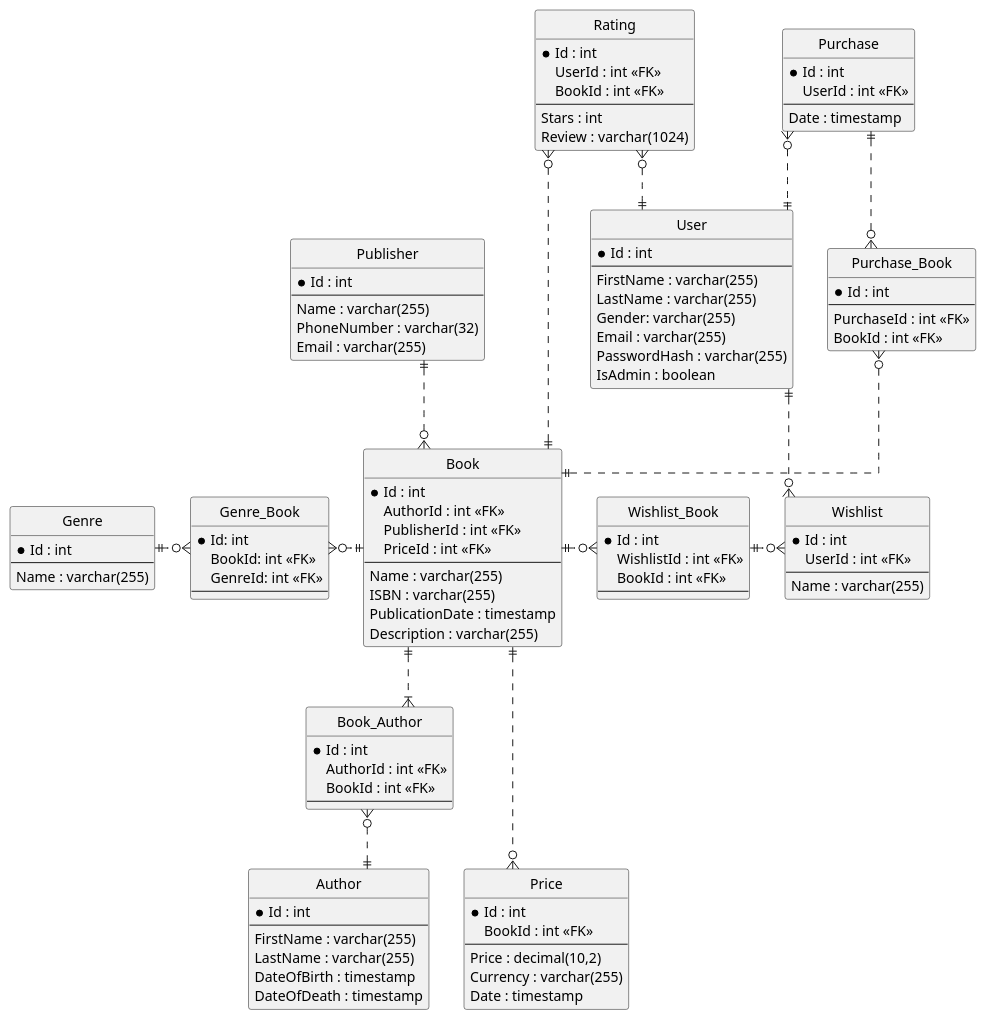
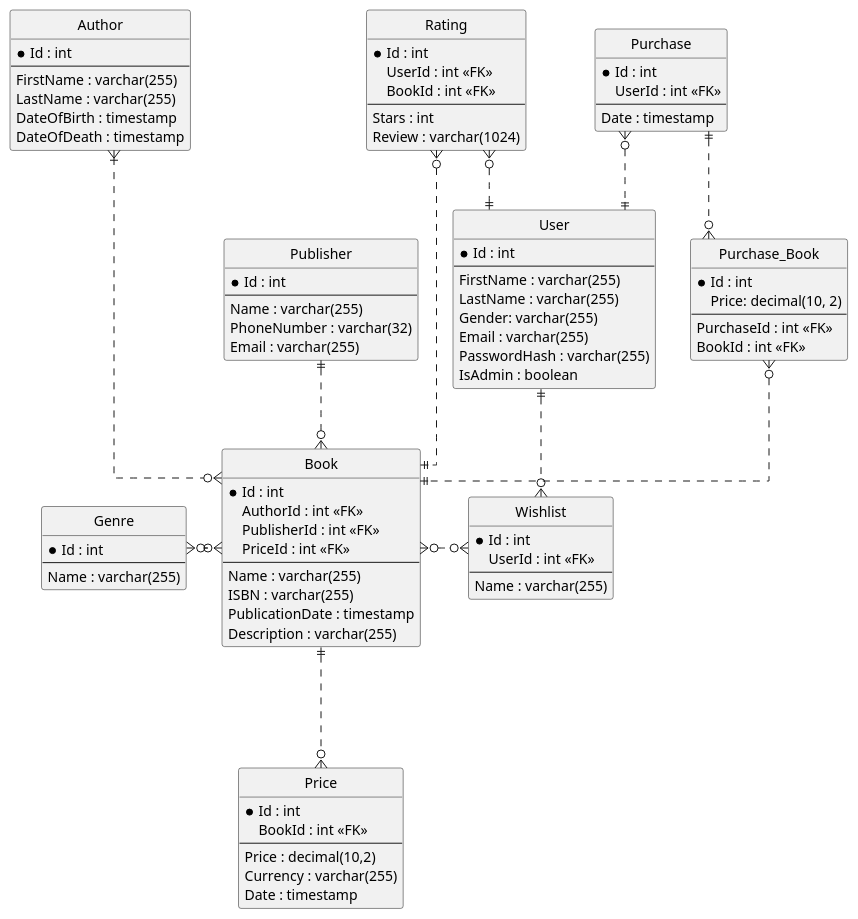
One commit to JakubZovi/review_pv179 changed the diagram in docs/erd.puml. Above: the diagram before and after it, drawn with PlantUML. The commit also changed 21 other files, not shown here.

```diff
--- a/docs/erd.puml
+++ b/docs/erd.puml
@@ -1,142 +1,117 @@
 @startuml Book Hub ERD
 
 ' !pragma ratio 0.2
 
 skinparam linetype ortho
 hide circles
 
 'Book, Rating, Genre, Author, Publisher'
 entity Book {
     *Id : int
     AuthorId : int <<FK>>
     PublisherId : int <<FK>>
     PriceId : int <<FK>>
     ---
     Name : varchar(255)
     ISBN : varchar(255)
     PublicationDate : timestamp
     Description : varchar(255)
 }
 
 entity Rating {
     *Id : int
     UserId : int <<FK>>
     BookId : int <<FK>>
     ---
     Stars : int
     Review : varchar(1024)
 }
 
 entity Genre {
     *Id : int
     ---
     Name : varchar(255)
 }
 
-entity Genre_Book {
-    *Id: int
-    BookId: int <<FK>>
-    GenreId: int <<FK>>
-    ---
-}
-
 entity Author {
     *Id : int
     ---
     FirstName : varchar(255)
     LastName : varchar(255)
     DateOfBirth : timestamp
     DateOfDeath : timestamp
-}
-
-entity Book_Author {
-    *Id : int
-    AuthorId : int <<FK>>
-    BookId : int <<FK>>
-    ---
 }
 
 entity Publisher {
     *Id : int
     ---
     Name : varchar(255)
     PhoneNumber : varchar(32)
     Email : varchar(255)
 }
 
 entity Price {
     *Id : int
     BookId : int <<FK>>
     ---
     Price : decimal(10,2)
     Currency : varchar(255)
     Date : timestamp
 }
 
 'User, Wishlist, Wishlist_Book'
 entity Wishlist {
     *Id : int
     UserId : int <<FK>>
     ---
     Name : varchar(255)
 }
 
-entity Wishlist_Book {
-    *Id : int
-    WishlistId : int <<FK>>
-    BookId : int <<FK>>
-    ---
-}
-
 entity User {
     *Id : int
     ---
     FirstName : varchar(255)
     LastName : varchar(255)
     Gender: varchar(255)
     Email : varchar(255)
     PasswordHash : varchar(255)
     IsAdmin : boolean
 }
 
 'Purchase'
 entity Purchase {
     *Id : int
     UserId : int <<FK>>
     ---
     Date : timestamp
 }
 
 entity Purchase_Book {
     *Id : int
+    Price: decimal(10, 2)
     ---
     PurchaseId : int <<FK>>
     BookId : int <<FK>>
 }
 
 
-Book ||.o{ Wishlist_Book
-Book ||.left.o{ Genre_Book
+Book }o.o{ Wishlist
+Book }o.left.o{ Genre
 
 Book ||...o{ Price
 
-Book_Author }|.up.|| Book
-Author ||.up.o{ Book_Author
+Author }|...o{ Book
 
-
-Genre_Book }o.left.|| Genre
 
 Publisher ||..o{ Book
 
 User ||..o{ Wishlist
 
 Rating }o..|| Book
 Rating }o..|| User
 
-Wishlist_Book ||.o{ Wishlist
-
 Purchase ||..o{ Purchase_Book
 Purchase }o..|| User
 Purchase_Book }o..|| Book
 
 @enduml
```
